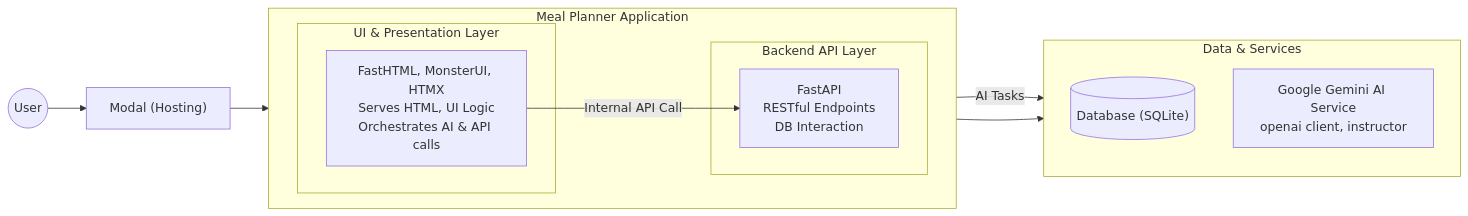
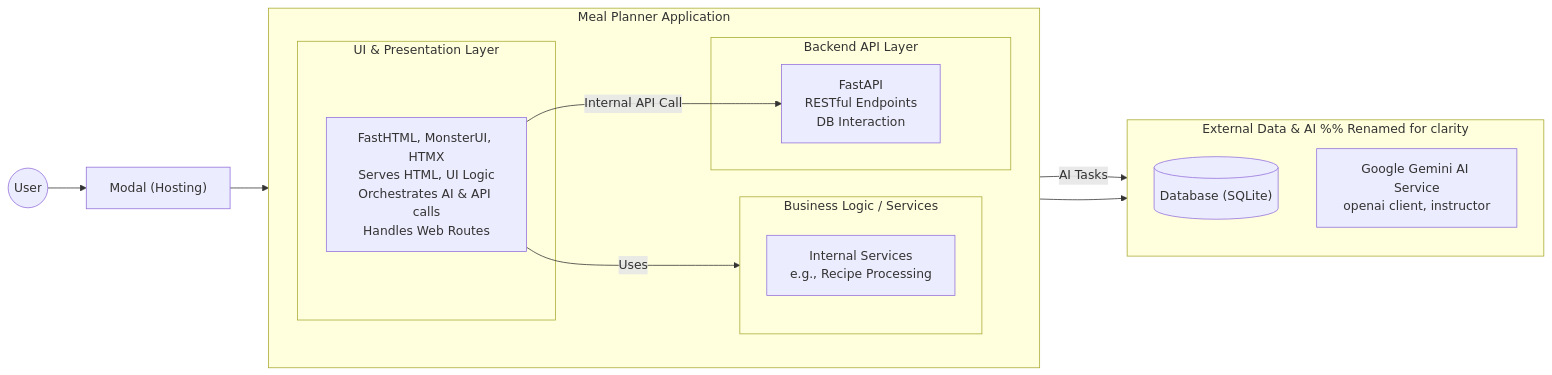
One commit to gsganden/meal_planner changed the diagram in README.md. Above: the diagram before and after it, drawn with Mermaid.

Commit message:
Update diagram

````diff
--- a/README.md
+++ b/README.md
@@ -12,31 +12,37 @@
 ```mermaid
 graph LR
     User(("User"))
 
     Modal["Modal (Hosting)"]
 
     subgraph "Meal Planner Application"
         direction LR
         subgraph "UI & Presentation Layer"
-            UI_Layer["FastHTML, MonsterUI, HTMX<br/>Serves HTML, UI Logic<br/>Orchestrates AI & API calls"]
+            UI_Layer["FastHTML, MonsterUI, HTMX<br/>Serves HTML, UI Logic<br/>Orchestrates AI & API calls<br/>Handles Web Routes"]
+        end
+
+        subgraph "Business Logic / Services"
+            direction TB
+            Services_Layer["Internal Services<br/>e.g., Recipe Processing"]
         end
 
         subgraph "Backend API Layer"
             API_Layer["FastAPI<br/>RESTful Endpoints<br/>DB Interaction"]
         end
 
+        UI_Layer -- "Uses" --> Services_Layer
         UI_Layer -- "Internal API Call" --> API_Layer
     end
 
-    subgraph "Data & Services"
+    subgraph "External Data & AI" %% Renamed for clarity
         direction TB
         Database[("Database (SQLite)")]
         Gemini_AI["Google Gemini AI Service<br/>openai client, instructor"]
     end
 
     User --> Modal
     Modal --> UI_Layer
 
     UI_Layer -- "AI Tasks" --> Gemini_AI
     API_Layer --> Database
 ```
````
